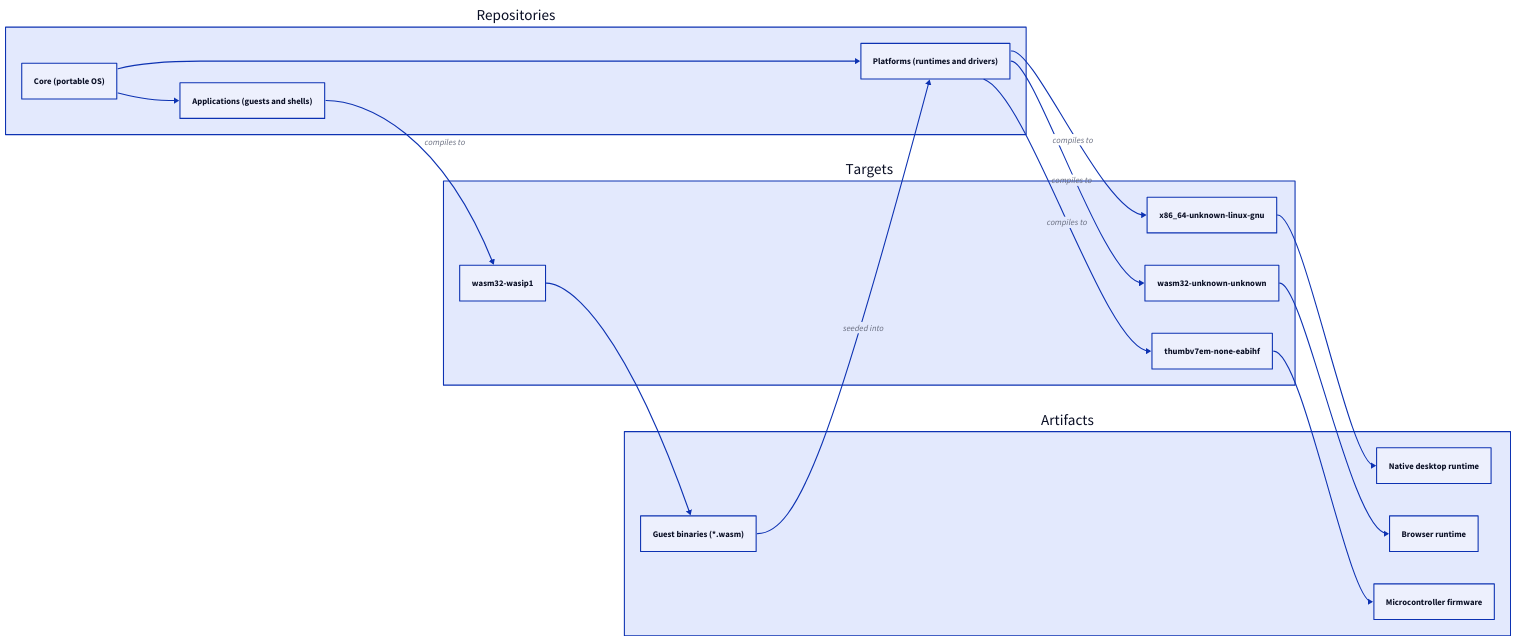
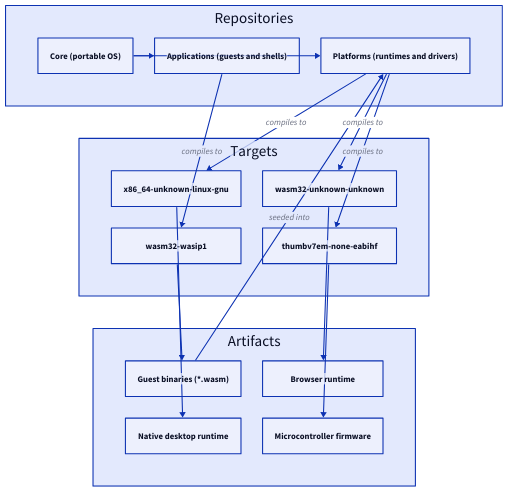
Before and after one commit to xila-project/website: the diagram in src/content/docs/explanation/development-environments.mdx, drawn with D2. The commit also changed 2 other files, not shown here.

Commit message:
docs(diagrams): keep the converted diagrams below 900 pixels wide
Lay out the wide diagrams vertically or with grids inside their
containers, and list the grid children in the order the page text
uses. Split the last message of the host sequence diagram into
opening the standard streams and executing the shell, which matches
the code of the native example.

````diff
--- a/src/content/docs/explanation/development-environments.mdx
+++ b/src/content/docs/explanation/development-environments.mdx
@@ -49,38 +49,41 @@
 ```d2 title="Which repository builds which runtime for which target"
 direction: right
 
 repositories: Repositories {
   class: layer
+  grid-rows: 1
   core: "Core (portable OS)" { class: component }
   applications: "Applications (guests and shells)" { class: component }
   platforms: "Platforms (runtimes and drivers)" { class: component }
 }
 
 targets: Targets {
   class: layer
+  grid-columns: 2
   host: "x86_64-unknown-linux-gnu" { class: component }
   guest: "wasm32-wasip1" { class: component }
   browser: "wasm32-unknown-unknown" { class: component }
   arm: "thumbv7em-none-eabihf" { class: component }
 }
 
 artifacts: Artifacts {
   class: layer
+  grid-columns: 2
+  guests: "Guest binaries (*.wasm)" { class: io }
   native: "Native desktop runtime" { class: io }
-  guests: "Guest binaries (*.wasm)" { class: io }
   browser_runtime: "Browser runtime" { class: io }
   nano: "Microcontroller firmware" { class: io }
 }
 
 repositories.core -> repositories.applications
 repositories.core -> repositories.platforms
 repositories.applications -> targets.guest: compiles to
 targets.guest -> artifacts.guests
 artifacts.guests -> repositories.platforms: seeded into
 repositories.platforms -> targets.host: compiles to
 targets.host -> artifacts.native
 repositories.platforms -> targets.browser: compiles to
 targets.browser -> artifacts.browser_runtime
 repositories.platforms -> targets.arm: compiles to
 targets.arm -> artifacts.nano
 ```
````
